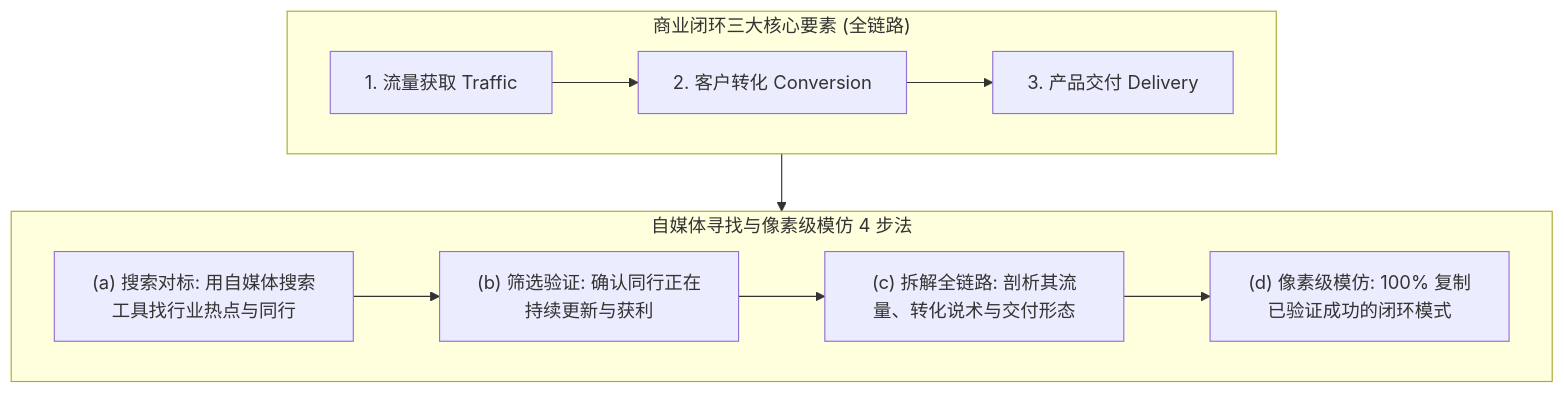
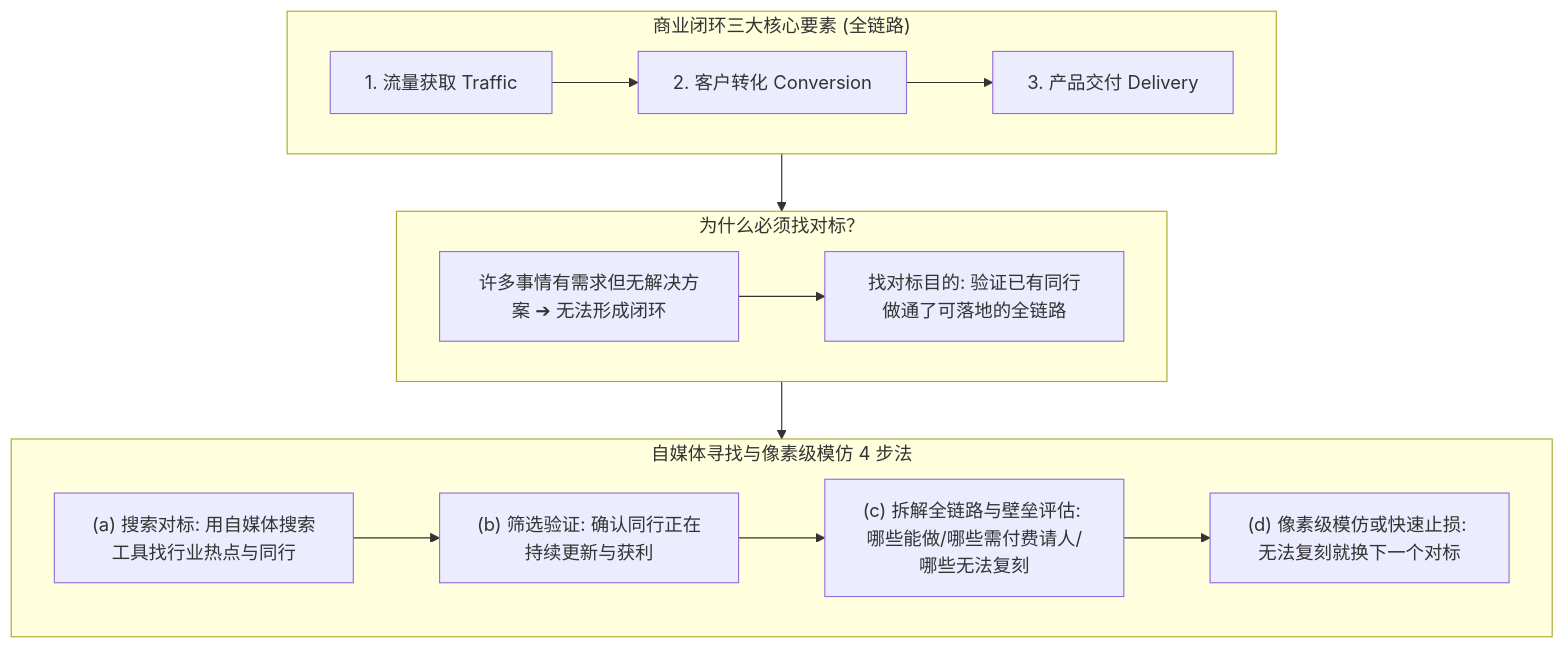
The diagram in skills/sk-monetization-framework/SKILL.md (ss22219/skilldb), drawn with Mermaid before and after one commit. The commit also changed other lines of this file and 2 other files, not shown here.

````diff
--- a/skills/sk-monetization-framework/SKILL.md
+++ b/skills/sk-monetization-framework/SKILL.md
@@ -17,14 +17,19 @@
 ```mermaid
 flowchart TD
     subgraph core ["商业闭环三大核心要素 (全链路)"]
         T[1. 流量获取 Traffic] --> C[2. 客户转化 Conversion]
         C --> D[3. 产品交付 Delivery]
     end
 
+    subgraph why ["为什么必须找对标？"]
+        W1[许多事情有需求但无解决方案 ➔ 无法形成闭环] --> W2[找对标目的: 验证已有同行做通了可落地的全链路]
+    end
+
     subgraph method ["自媒体寻找与像素级模仿 4 步法"]
         S1["(a) 搜索对标: 用自媒体搜索工具找行业热点与同行"] --> S2["(b) 筛选验证: 确认同行正在持续更新与获利"]
-        S2 --> S3["(c) 拆解全链路: 剖析其流量、转化说术与交付形态"] --> S4["(d) 像素级模仿: 100% 复制已验证成功的闭环模式"]
+        S2 --> S3["(c) 拆解全链路与壁垒评估: 哪些能做/哪些需付费请人/哪些无法复刻"] 
+        S3 --> S4["(d) 像素级模仿或快速止损: 无法复刻就换下一个对标"]
     end
 
-    core --> method
+    core --> why --> method
 ```
````
